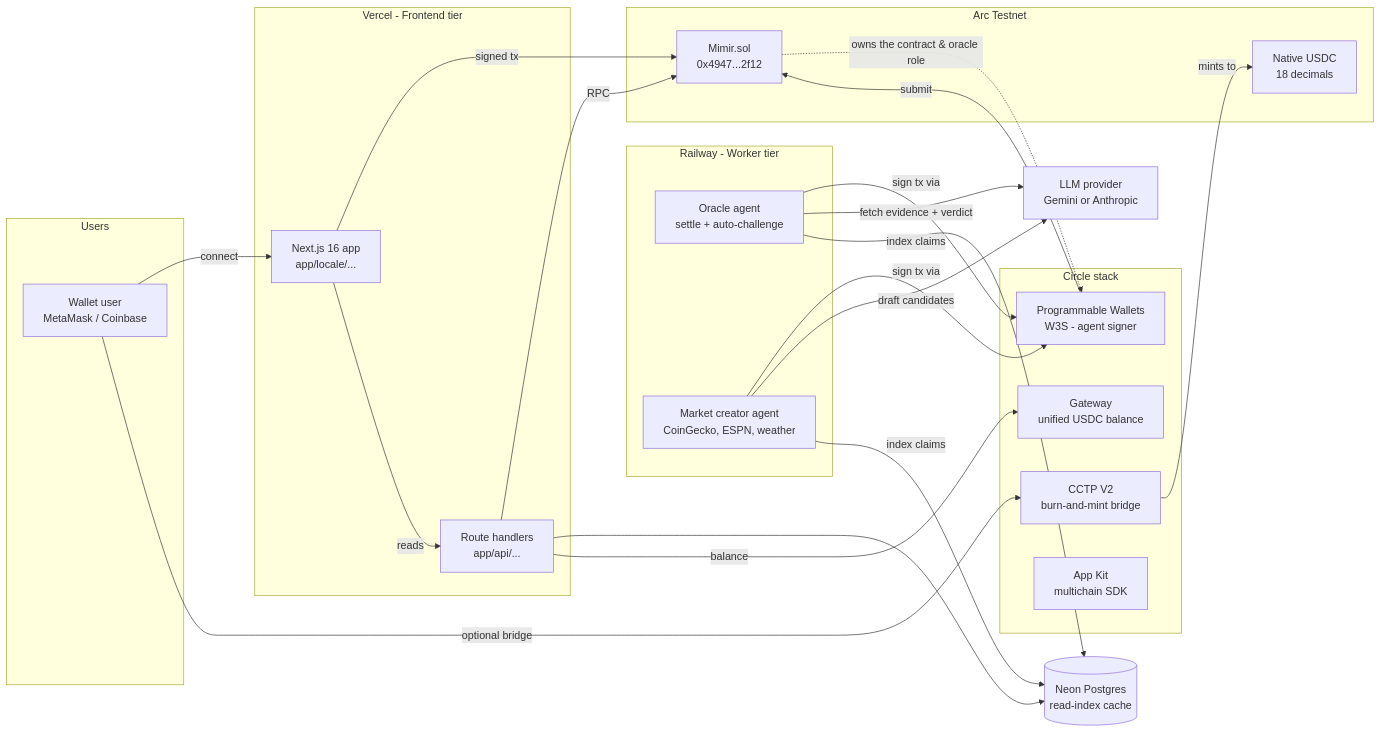
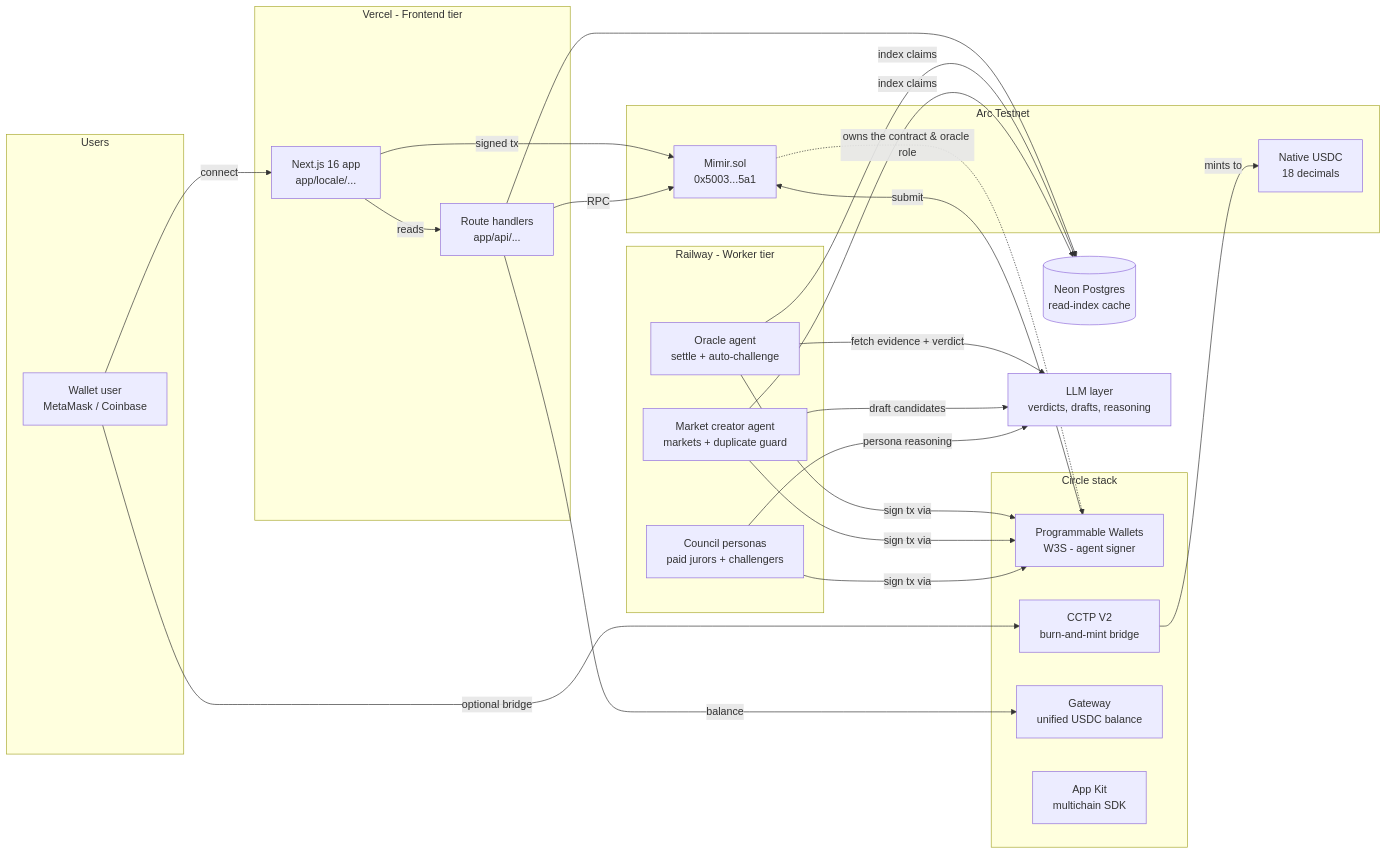
One commit to enliven17/mimir changed the second of 10 diagrams in README.md. Above: the diagram before and after it, drawn with Mermaid. The commit also changed other lines of this file and 4 other files, not shown here.

````diff
--- a/README.md
+++ b/README.md
@@ -90,51 +109,54 @@
 ```mermaid
 flowchart LR
     subgraph user[Users]
         U[Wallet user<br/>MetaMask / Coinbase]
     end
 
     subgraph vercel[Vercel - Frontend tier]
         FE[Next.js 16 app<br/>app/locale/...]
         API[Route handlers<br/>app/api/...]
     end
 
     subgraph railway[Railway - Worker tier]
         OR[Oracle agent<br/>settle + auto-challenge]
-        MC[Market creator agent<br/>CoinGecko, ESPN, weather]
+        MC[Market creator agent<br/>markets + duplicate guard]
+        CO[Council personas<br/>paid jurors + challengers]
     end
 
     subgraph circle[Circle stack]
         W3S[Programmable Wallets<br/>W3S - agent signer]
         CCTP[CCTP V2<br/>burn-and-mint bridge]
         GW[Gateway<br/>unified USDC balance]
         APP[App Kit<br/>multichain SDK]
     end
 
     subgraph arc[Arc Testnet]
-        CT[Mimir.sol<br/>0x4947...2f12]
+        CT[Mimir.sol<br/>0x5003...5a1]
         USDC[Native USDC<br/>18 decimals]
     end
 
     NEON[(Neon Postgres<br/>read-index cache)]
-    LLM[LLM provider<br/>Gemini or Anthropic]
+    LLM[LLM layer<br/>verdicts, drafts, reasoning]
 
     U -->|connect| FE
     FE -->|signed tx| CT
     FE -->|reads| API
     API -->|RPC| CT
     API --> NEON
     API -->|balance| GW
 
     OR -->|sign tx via| W3S
     MC -->|sign tx via| W3S
+    CO -->|sign tx via| W3S
     W3S -->|submit| CT
     OR -->|fetch evidence + verdict| LLM
     MC -->|draft candidates| LLM
+    CO -->|persona reasoning| LLM
     OR -->|index claims| NEON
     MC -->|index claims| NEON
 
     U -->|optional bridge| CCTP
     CCTP -->|mints to| USDC
 
     CT -.->|owns the contract & oracle role| W3S
 ```
````
